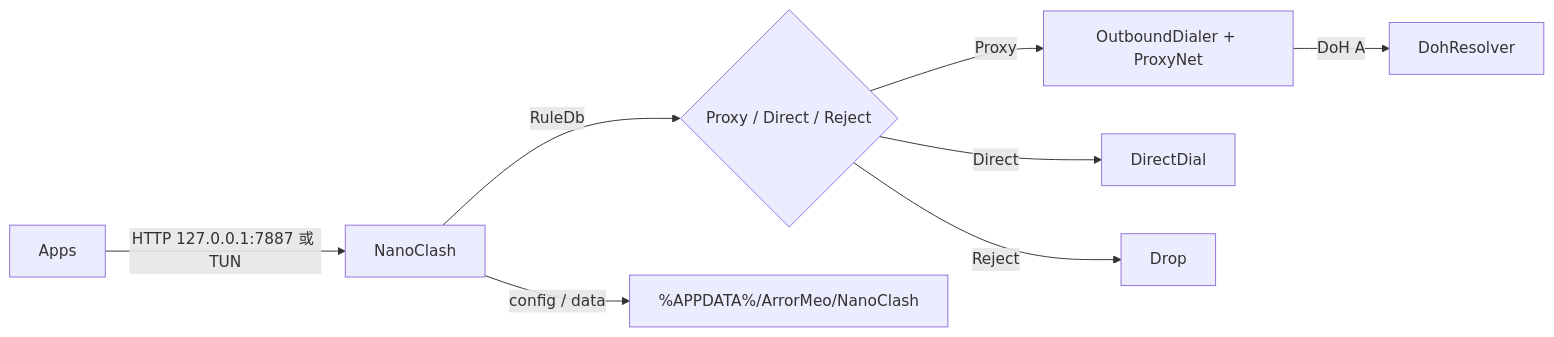
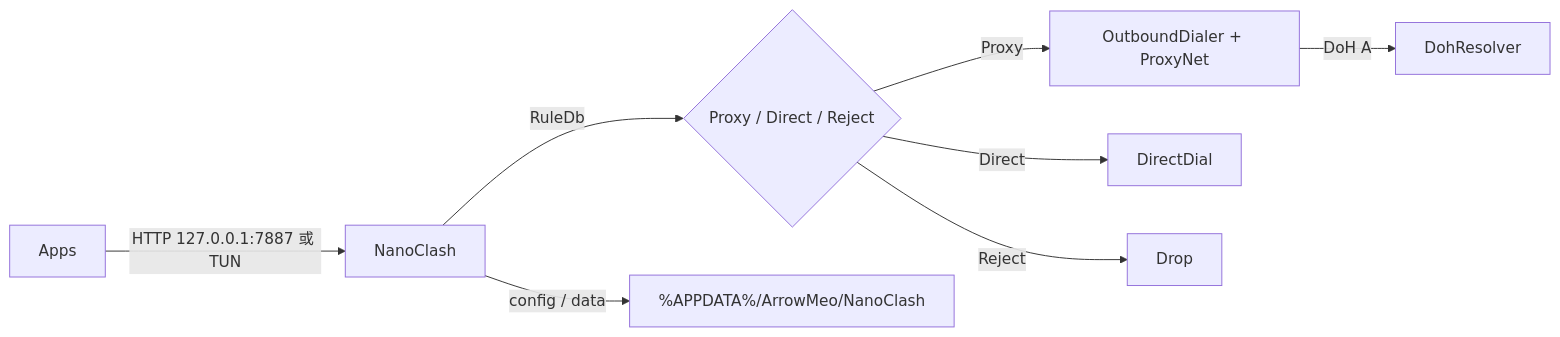
Before and after one commit to ArrowMeo2088/NanoClash: the diagram in Docs/architecture.md, drawn with Mermaid. The commit also changed other lines of this file and 7 other files, not shown here.

Commit message:
Rename user data folder from ArrorMeo to ArrowMeo.

````diff
--- a/Docs/architecture.md
+++ b/Docs/architecture.md
@@ -45,10 +45,10 @@
 ```mermaid
 flowchart LR
   apps[Apps] -->|HTTP 127.0.0.1:7887 或 TUN| core[NanoClash]
   core -->|RuleDb| decision{Proxy / Direct / Reject}
   decision -->|Proxy| node[OutboundDialer + ProxyNet]
   decision -->|Direct| dial[DirectDial]
   decision -->|Reject| drop[Drop]
   node -->|DoH A| doh[DohResolver]
-  core -->|config / data| udata["%APPDATA%/ArrorMeo/NanoClash"]
+  core -->|config / data| udata["%APPDATA%/ArrowMeo/NanoClash"]
 ```
````
